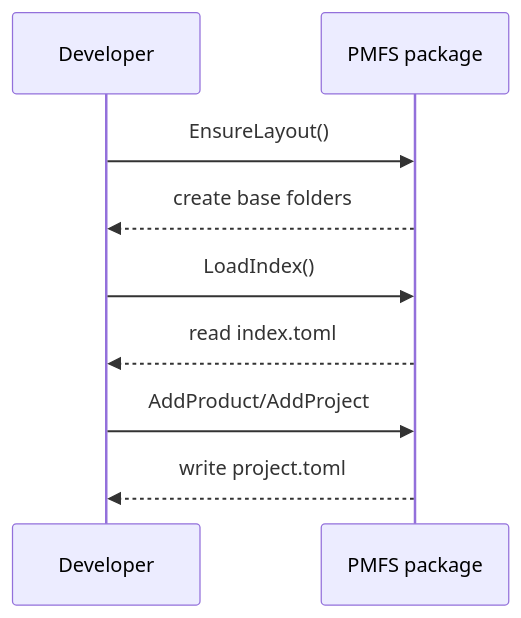
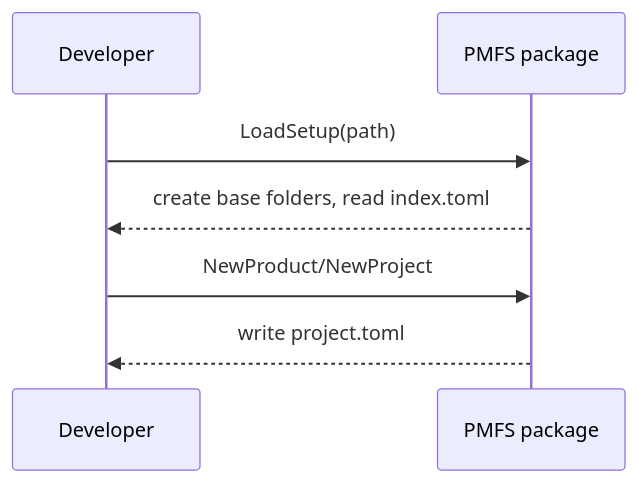
Before and after one commit to rjboer/PMFS: the second of 2 diagrams in README.md, drawn with Mermaid. The commit also changed other lines of this file and 8 other files, not shown here.

Commit message:
Add product management helpers and rename project APIs

````diff
--- a/README.md
+++ b/README.md
@@ -98,12 +98,10 @@
 ```mermaid
 sequenceDiagram
     participant Dev as Developer
     participant PMFS as PMFS package
 
-    Dev->>PMFS: EnsureLayout()
-    PMFS-->>Dev: create base folders
-    Dev->>PMFS: LoadIndex()
-    PMFS-->>Dev: read index.toml
-    Dev->>PMFS: AddProduct/AddProject
+    Dev->>PMFS: LoadSetup(path)
+    PMFS-->>Dev: create base folders, read index.toml
+    Dev->>PMFS: NewProduct/NewProject
     PMFS-->>Dev: write project.toml
 ```
````
